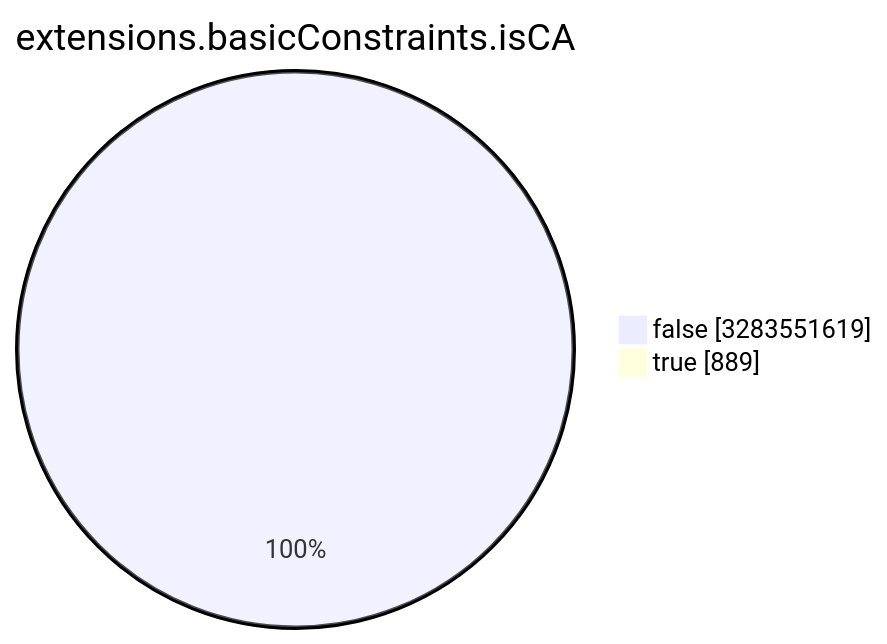
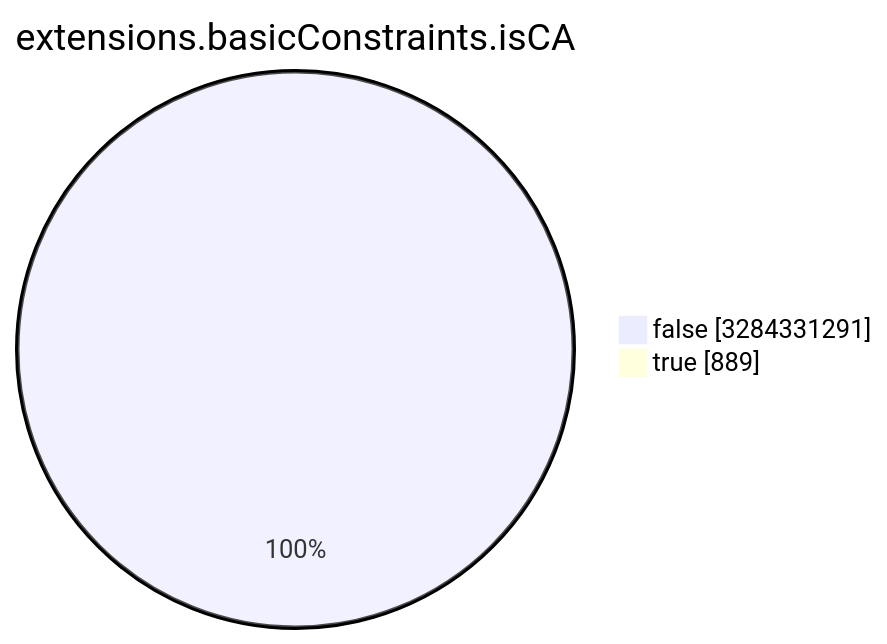
The seventh of 15 diagrams in TOTAL/README.md (christiankrug/ctmonitor_visualization), drawn with Mermaid before and after one commit. The commit also changed other lines of this file, not shown here.

````diff
--- a/TOTAL/README.md
+++ b/TOTAL/README.md
@@ -3089,6 +3089,6 @@
 ```mermaid
 pie showData
 title extensions.basicConstraints.isCA
-"false" :3283551619
+"false" :3284331291
 "true" :889
 ```
````
